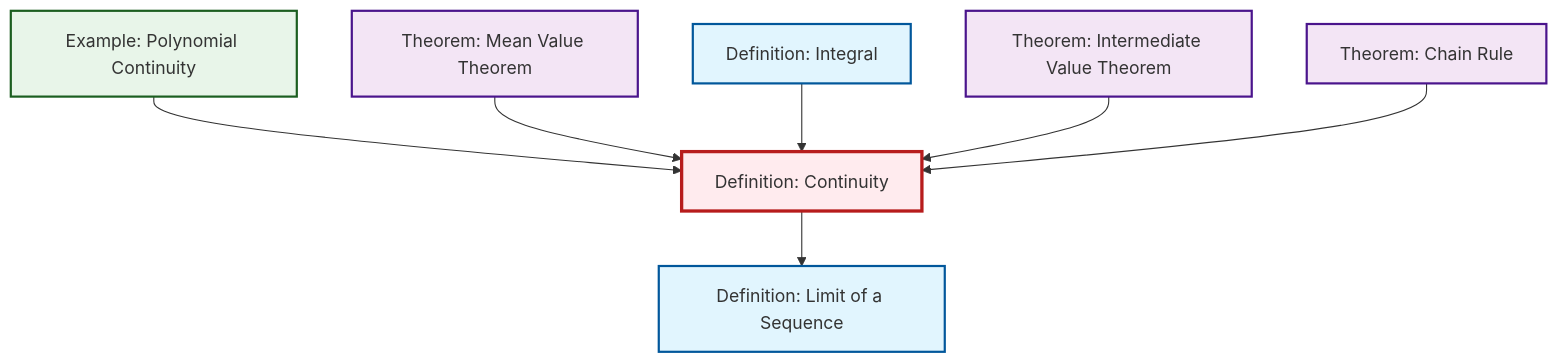
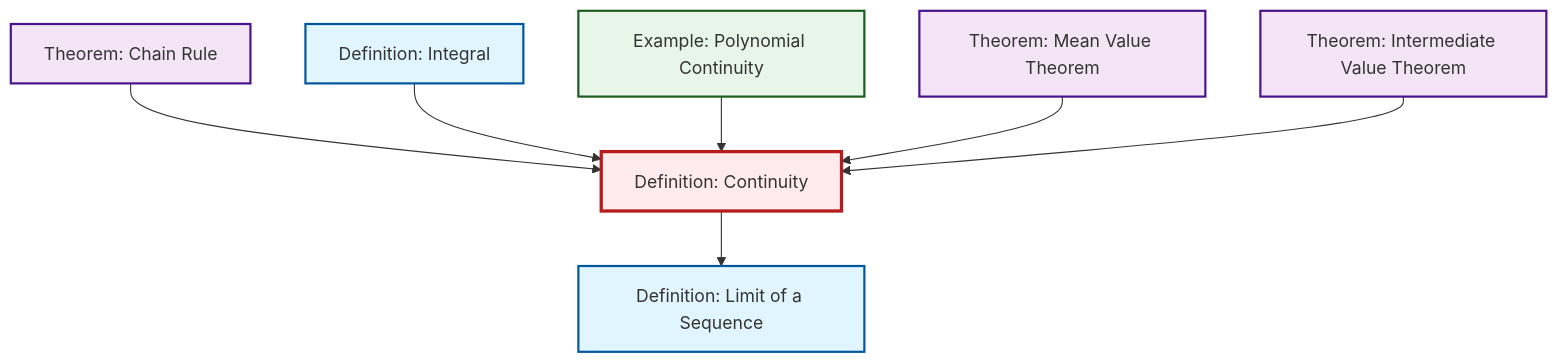
The diagram in content/ja/analysis/def-continuity.qmd (RK0429/ModernMath), drawn with Mermaid before and after one commit. The commit also changed other lines of this file and 434 other files, not shown here.

First line of the commit message:
feat: Add polynomial ring definition with comprehensive cross-references

````diff
--- a/content/ja/analysis/def-continuity.qmd
+++ b/content/ja/analysis/def-continuity.qmd
@@ -58,29 +58,29 @@
 ```{mermaid}
 %%| fig-cap: "Local dependency graph"
 graph TD
     classDef definition fill:#e1f5fe,stroke:#01579b,stroke-width:2px
     classDef theorem fill:#f3e5f5,stroke:#4a148c,stroke-width:2px
     classDef axiom fill:#fff3e0,stroke:#e65100,stroke-width:2px
     classDef example fill:#e8f5e9,stroke:#1b5e20,stroke-width:2px
     classDef current fill:#ffebee,stroke:#b71c1c,stroke-width:3px
+    thm-chain-rule["Theorem: Chain Rule"]:::theorem
+    def-integral["Definition: Integral"]:::definition
+    thm-intermediate-value["Theorem: Intermediate Value Theorem"]:::theorem
     def-continuity["Definition: Continuity"]:::definition
     ex-polynomial-continuity["Example: Polynomial Continuity"]:::example
+    def-limit["Definition: Limit of a Sequence"]:::definition
     thm-mean-value["Theorem: Mean Value Theorem"]:::theorem
-    thm-chain-rule["Theorem: Chain Rule"]:::theorem
-    def-integral["Definition: Integral"]:::definition
-    def-limit["Definition: Limit of a Sequence"]:::definition
-    thm-intermediate-value["Theorem: Intermediate Value Theorem"]:::theorem
+    thm-chain-rule --> def-continuity
+    def-integral --> def-continuity
     ex-polynomial-continuity --> def-continuity
     def-continuity --> def-limit
     thm-mean-value --> def-continuity
-    def-integral --> def-continuity
     thm-intermediate-value --> def-continuity
-    thm-chain-rule --> def-continuity
     class def-continuity current
-    click ex-polynomial-continuity "ex-polynomial-continuity.html" "Example: Polynomial Continuityへ"
-    click thm-mean-value "thm-mean-value.html" "Theorem: Mean Value Theoremへ"
     click thm-chain-rule "thm-chain-rule.html" "Theorem: Chain Ruleへ"
     click def-integral "def-integral.html" "Definition: Integralへ"
+    click thm-intermediate-value "thm-intermediate-value.html" "Theorem: Intermediate Value Theoremへ"
+    click ex-polynomial-continuity "ex-polynomial-continuity.html" "Example: Polynomial Continuityへ"
     click def-limit "def-limit.html" "Definition: Limit of a Sequenceへ"
-    click thm-intermediate-value "thm-intermediate-value.html" "Theorem: Intermediate Value Theoremへ"
+    click thm-mean-value "thm-mean-value.html" "Theorem: Mean Value Theoremへ"
 ```
````
